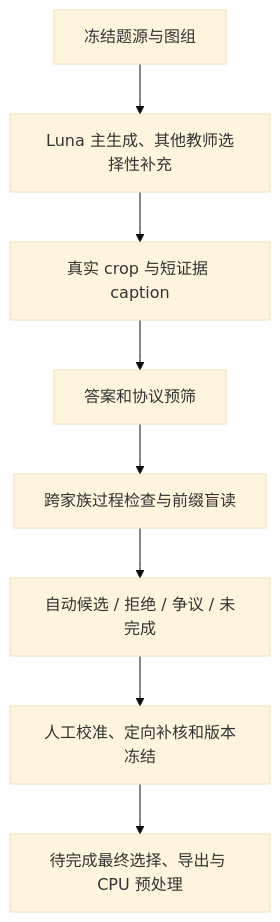
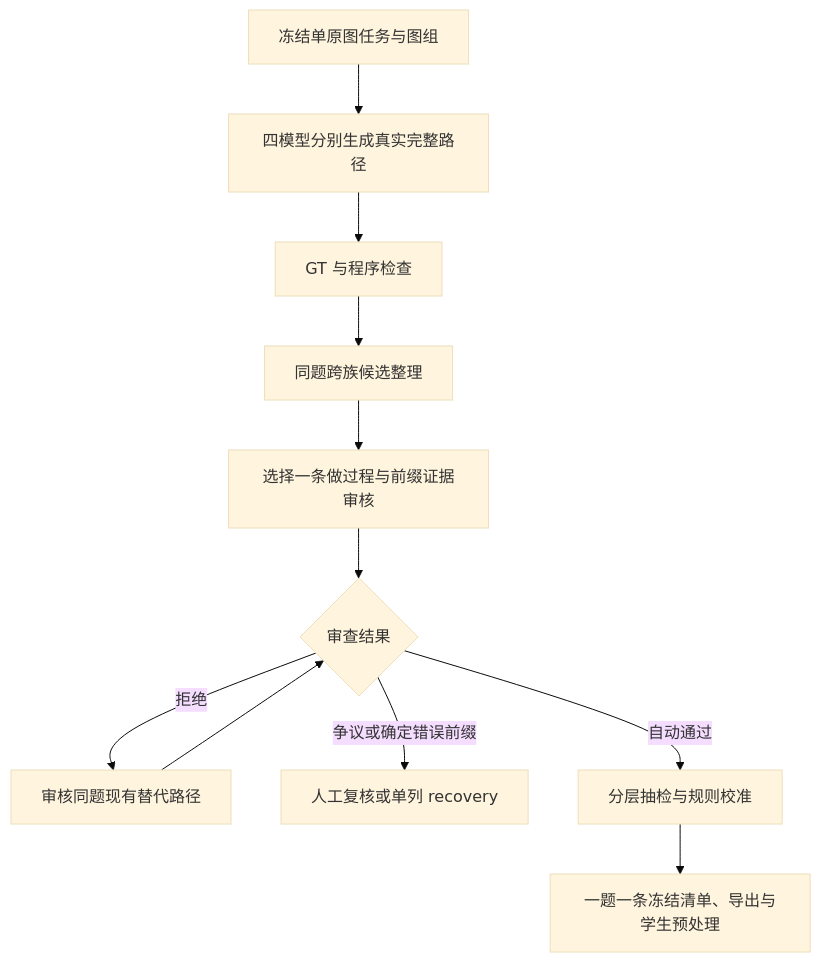
The diagram in README.md (CrepuscularIRIS/vlm-caption-trajectories), drawn with Mermaid (base theme) before and after one commit. The commit also changed other lines of this file and 19 other files, not shown here.

````diff
--- a/README.md
+++ b/README.md
@@ -69,10 +42,13 @@
 ```mermaid
 flowchart TD
-    A[冻结题源与图组] --> B[Luna 主生成、其他教师选择性补充]
-    B --> C[真实 crop 与短证据 caption]
-    C --> D[答案和协议预筛]
-    D --> E[跨家族过程检查与前缀盲读]
-    E --> F[自动候选 / 拒绝 / 争议 / 未完成]
-    F --> G[人工校准、定向补核和版本冻结]
-    G --> H[待完成最终选择、导出与 CPU 预处理]
+    A[冻结单原图任务与图组] --> B[四模型分别生成真实完整路径]
+    B --> C[GT 与程序检查]
+    C --> D[同题跨族候选整理]
+    D --> E[选择一条做过程与前缀证据审核]
+    E --> F{审查结果}
+    F -->|拒绝| G[审核同题现有替代路径]
+    G --> F
+    F -->|争议或确定错误前缀| H[人工复核或单列 recovery]
+    F -->|自动通过| I[分层抽检与规则校准]
+    I --> J[一题一条冻结清单、导出与学生预处理]
 ```
````
